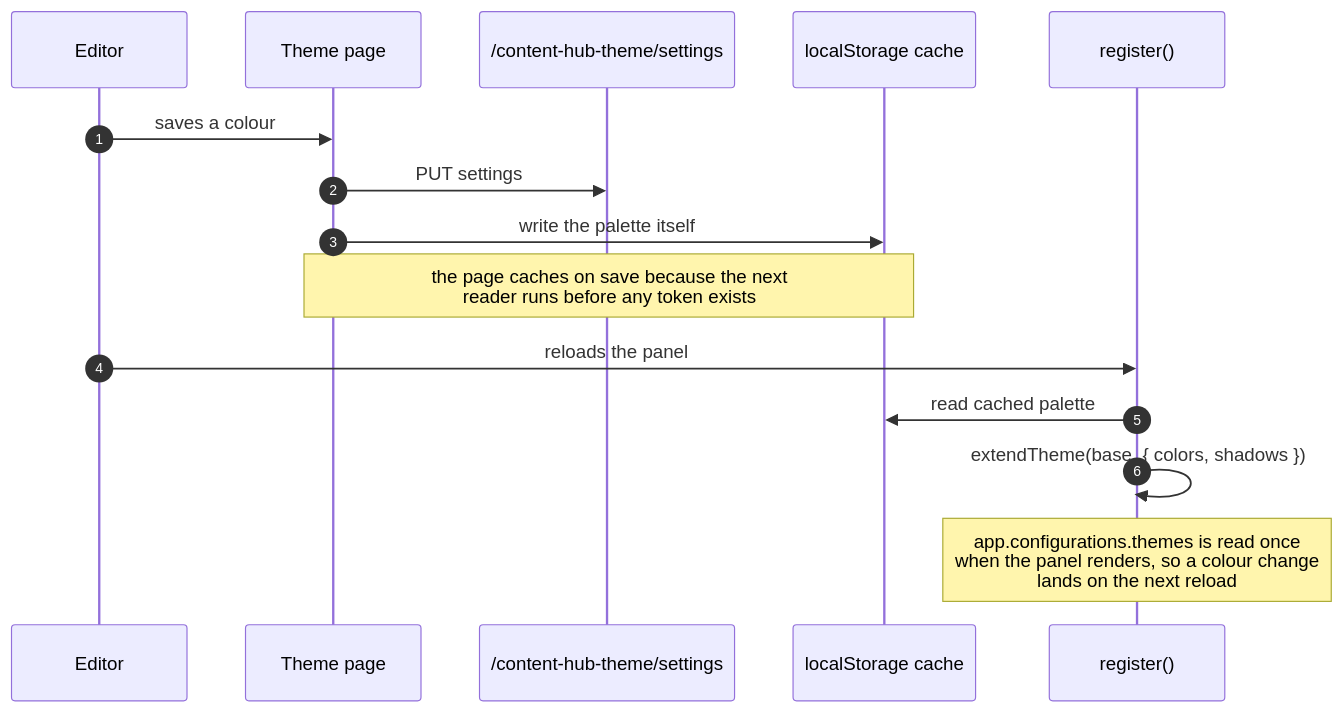
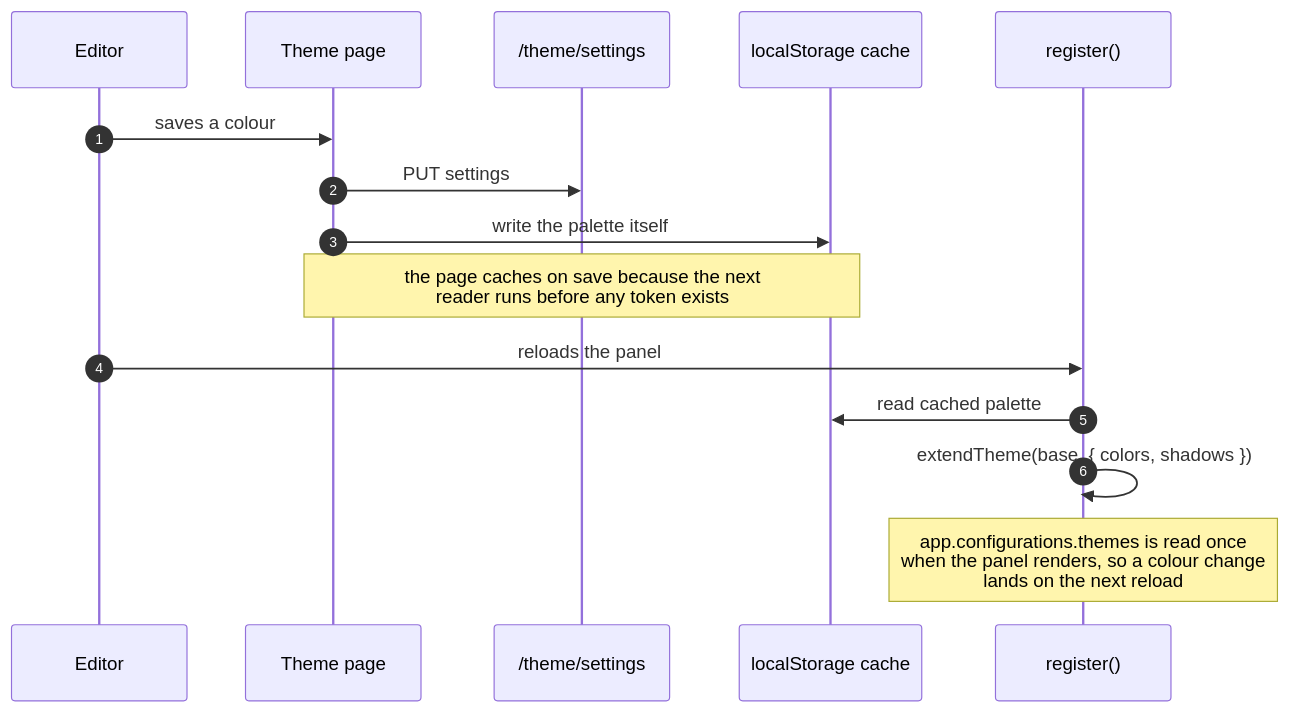
Before and after one commit to rhyoharianja/strapi-plugin-theme: the diagram in README.md, drawn with Mermaid. The commit also changed other lines of this file and 8 other files, not shown here.

First line of the commit message:
Drop the content-hub branding from ids, tables and docs

````diff
--- a/README.md
+++ b/README.md
@@ -31,19 +72,19 @@
 ```mermaid
 sequenceDiagram
     autonumber
     participant U as Editor
     participant P as Theme page
-    participant API as /content-hub-theme/settings
+    participant API as /theme/settings
     participant LS as localStorage cache
     participant R as register()
 
     U->>P: saves a colour
     P->>API: PUT settings
     P->>LS: write the palette itself
     Note over P,LS: the page caches on save because the next<br/>reader runs before any token exists
 
     U->>R: reloads the panel
     R->>LS: read cached palette
     R->>R: extendTheme(base, { colors, shadows })
     Note over R: app.configurations.themes is read once<br/>when the panel renders, so a colour change<br/>lands on the next reload
 ```
````
